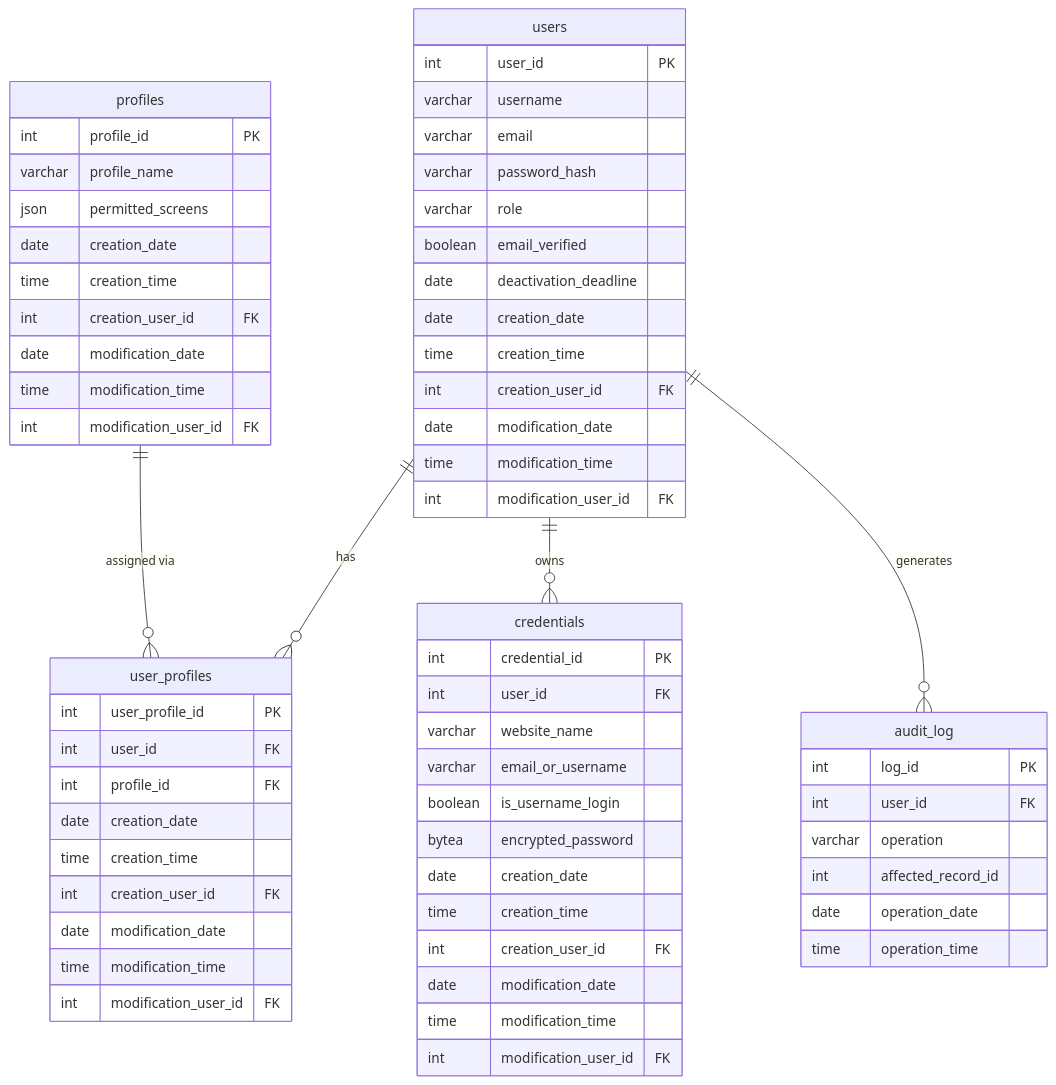
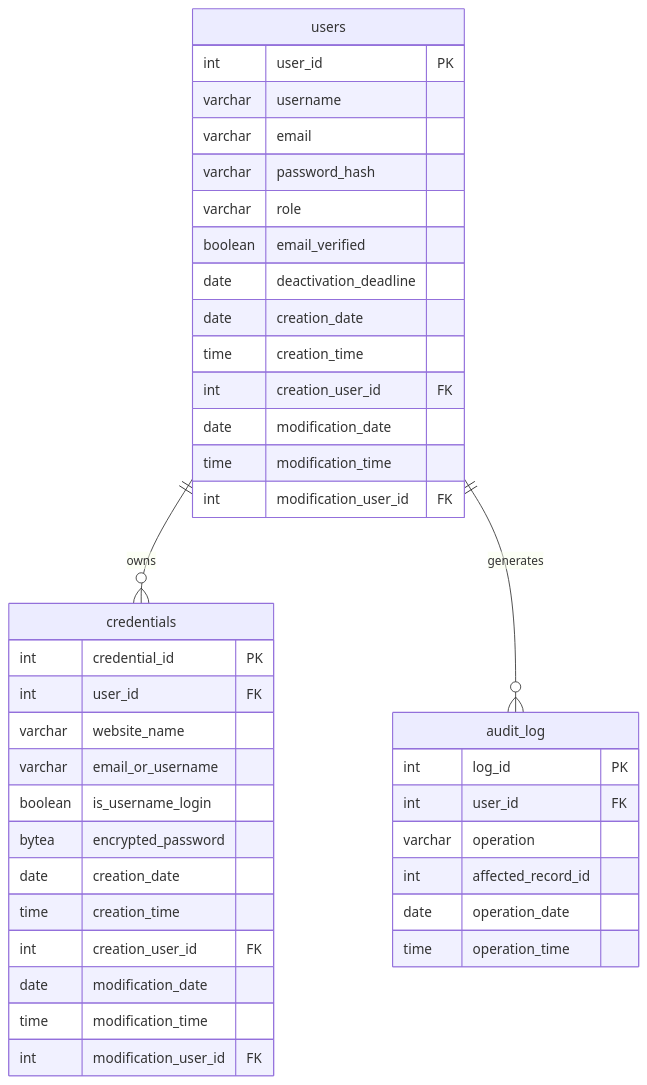
The second of 3 diagrams in .kiro/specs/password-manager-website/design.md (DarkyGr/Saving-Access), drawn with Mermaid before and after one commit. The commit also changed other lines of this file and 47 other files, not shown here.

````diff
--- a/.kiro/specs/password-manager-website/design.md
+++ b/.kiro/specs/password-manager-website/design.md
@@ -150,71 +146,45 @@
 ```mermaid
 erDiagram
     users {
         int user_id PK
         varchar username
         varchar email
         varchar password_hash
         varchar role
         boolean email_verified
         date deactivation_deadline
-        date creation_date
-        time creation_time
-        int creation_user_id FK
-        date modification_date
-        time modification_time
-        int modification_user_id FK
-    }
-
-    profiles {
-        int profile_id PK
-        varchar profile_name
-        json permitted_screens
-        date creation_date
-        time creation_time
-        int creation_user_id FK
-        date modification_date
-        time modification_time
-        int modification_user_id FK
-    }
-
-    user_profiles {
-        int user_profile_id PK
-        int user_id FK
-        int profile_id FK
         date creation_date
         time creation_time
         int creation_user_id FK
         date modification_date
         time modification_time
         int modification_user_id FK
     }
 
     credentials {
         int credential_id PK
         int user_id FK
         varchar website_name
         varchar email_or_username
         boolean is_username_login
         bytea encrypted_password
         date creation_date
         time creation_time
         int creation_user_id FK
         date modification_date
         time modification_time
         int modification_user_id FK
     }
 
     audit_log {
         int log_id PK
         int user_id FK
         varchar operation
         int affected_record_id
         date operation_date
         time operation_time
     }
 
-    users ||--o{ user_profiles : "has"
-    profiles ||--o{ user_profiles : "assigned via"
     users ||--o{ credentials : "owns"
     users ||--o{ audit_log : "generates"
 ```
````
